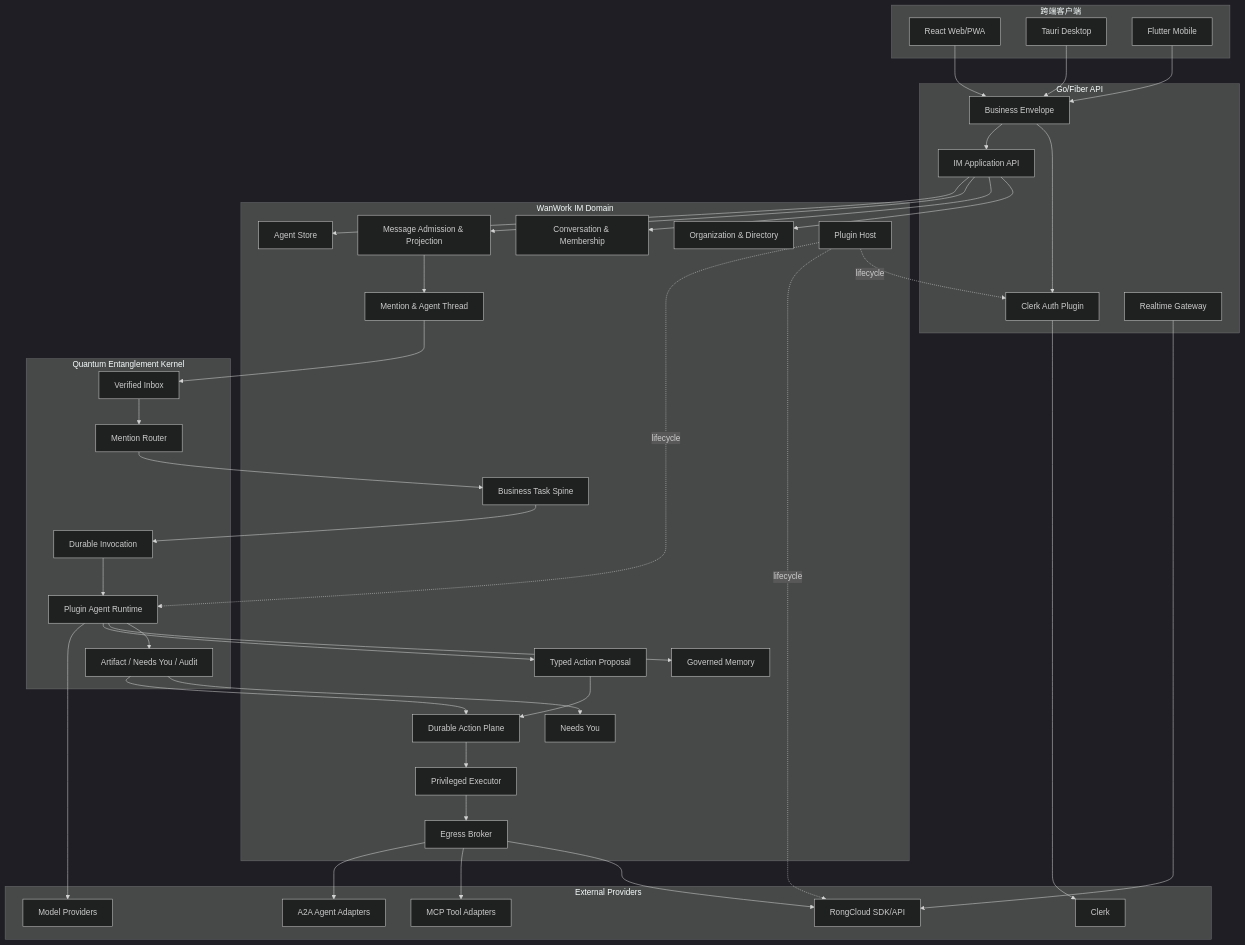
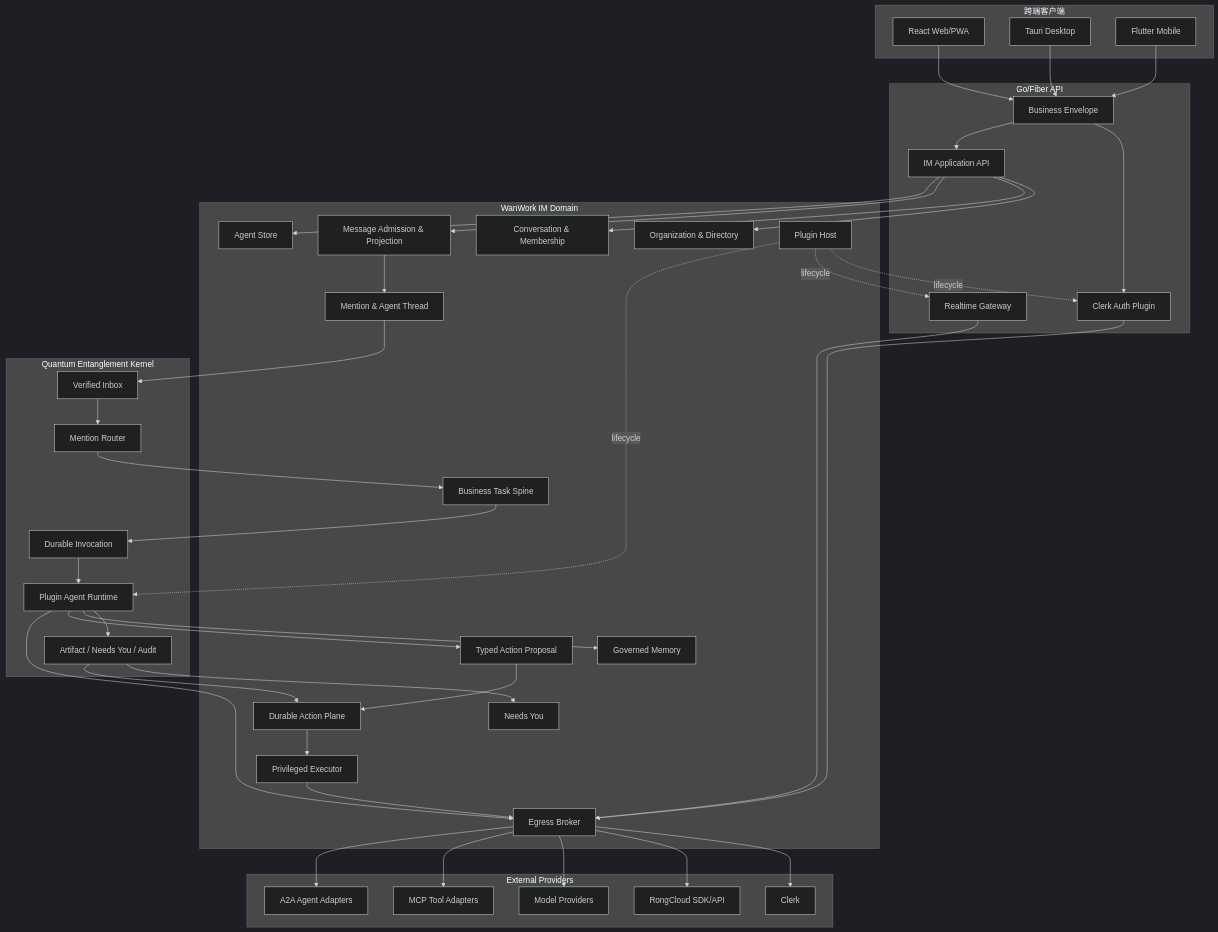
The first of 3 diagrams in docs/wanwork_im/ARCHITECTURE.md (huapohen/quantum-entanglement), drawn with Mermaid (dark theme) before and after one commit. The commit also changed other lines of this file and 6 other files, not shown here.

````diff
--- a/docs/wanwork_im/ARCHITECTURE.md
+++ b/docs/wanwork_im/ARCHITECTURE.md
@@ -27,80 +30,82 @@
 ```mermaid
 flowchart TB
     subgraph Clients[跨端客户端]
       Web[React Web/PWA]
       Desktop[Tauri Desktop]
       Mobile[Flutter Mobile]
     end
 
     subgraph Edge[Go/Fiber API]
       Envelope[Business Envelope]
       Auth[Clerk Auth Plugin]
       Realtime[Realtime Gateway]
       IMAPI[IM Application API]
     end
 
     subgraph Core[WanWork IM Domain]
       Org[Organization & Directory]
       Conv[Conversation & Membership]
       Msg[Message Admission & Projection]
       Store[Agent Store]
       Thread[Mention & Agent Thread]
       Task[Business Task Spine]
       Attention[Needs You]
       Memory[Governed Memory]
       Proposal[Typed Action Proposal]
       Action[Durable Action Plane]
       Executor[Privileged Executor]
       Egress[Egress Broker]
       Plugins[Plugin Host]
     end
 
     subgraph QE[Quantum Entanglement Kernel]
       Inbox[Verified Inbox]
       Router[Mention Router]
       Invocation[Durable Invocation]
       Runtime[Plugin Agent Runtime]
       Artifact[Artifact / Needs You / Audit]
     end
 
     subgraph Providers[External Providers]
       Clerk[Clerk]
       Rong[RongCloud SDK/API]
       Models[Model Providers]
       Tools[MCP Tool Adapters]
       Peers[A2A Agent Adapters]
     end
 
     Web --> Envelope
     Desktop --> Envelope
     Mobile --> Envelope
     Envelope --> Auth
-    Auth --> Clerk
+    Auth --> Egress
     Envelope --> IMAPI
     IMAPI --> Org
     IMAPI --> Conv
     IMAPI --> Msg
     IMAPI --> Store
     Msg --> Thread
     Thread --> Inbox
     Inbox --> Router
     Router --> Task
     Task --> Invocation
     Invocation --> Runtime
     Runtime --> Artifact
     Runtime --> Memory
     Runtime --> Proposal
     Artifact --> Attention
     Artifact --> Action
     Proposal --> Action
     Action --> Executor
     Executor --> Egress
+    Realtime --> Egress
+    Runtime --> Egress
+    Egress --> Clerk
     Egress --> Rong
+    Egress --> Models
     Egress --> Tools
     Egress --> Peers
-    Realtime --> Rong
-    Runtime --> Models
     Plugins -. lifecycle .-> Auth
-    Plugins -. lifecycle .-> Rong
+    Plugins -. lifecycle .-> Realtime
     Plugins -. lifecycle .-> Runtime
 ```
````
